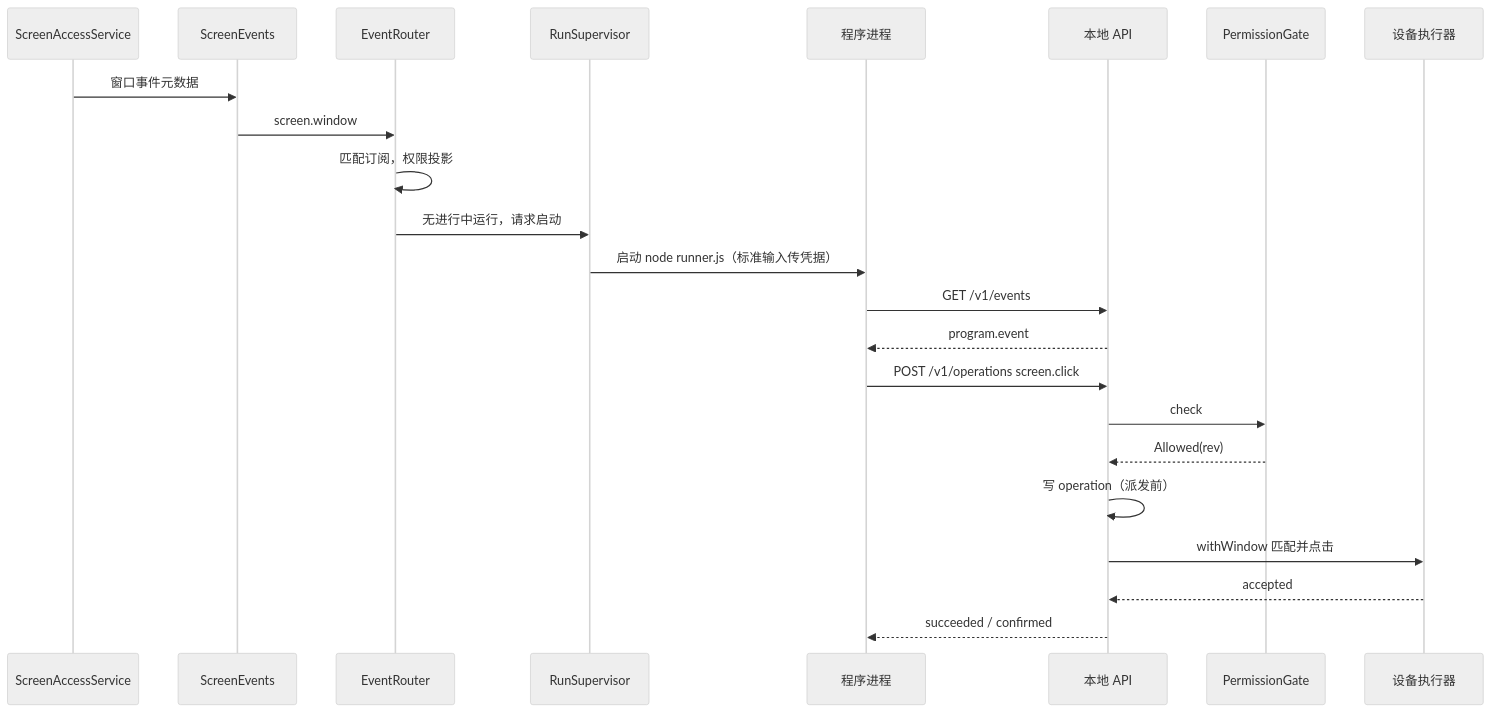
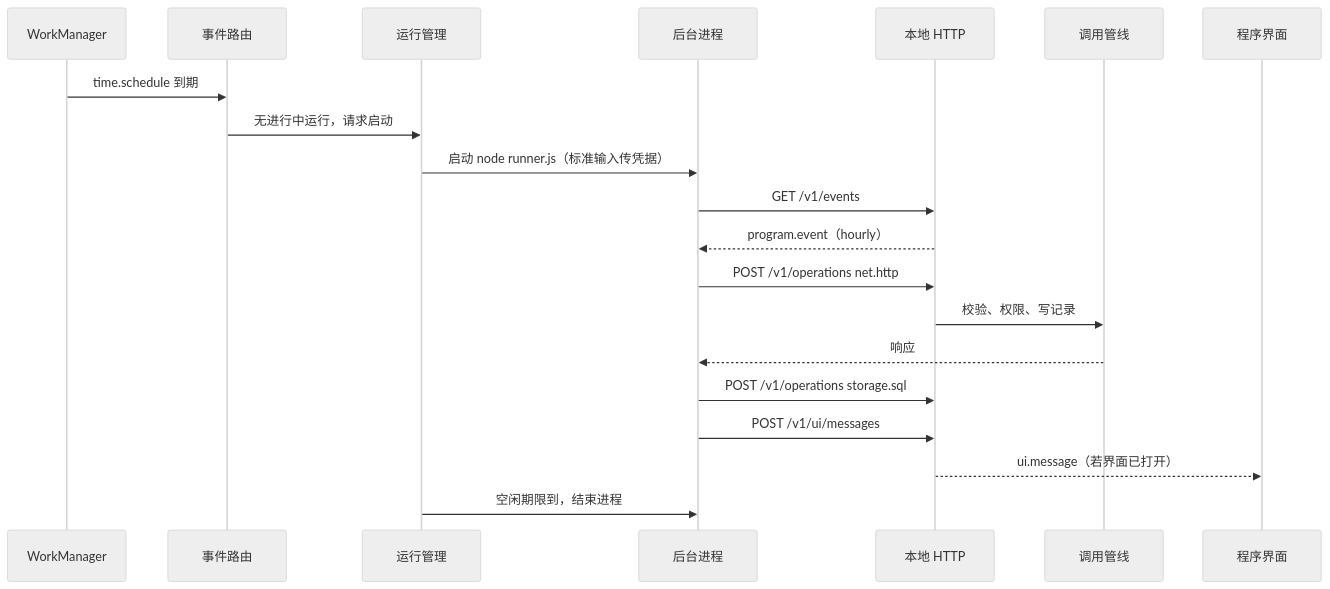
Before and after one commit to ytlog/mobby: the fourth of 4 diagrams in docs/design/program-platform-architecture.md, drawn with Mermaid (neutral theme). The commit also changed other lines of this file and 2 other files, not shown here.

First line of the commit message:
docs: consolidate program platform proposal and rewrite architecture

````diff
--- a/docs/design/program-platform-architecture.md
+++ b/docs/design/program-platform-architecture.md
@@ -556,25 +558,22 @@
 ```mermaid
 sequenceDiagram
-    participant S as ScreenAccessService
-    participant E as ScreenEvents
-    participant R as EventRouter
-    participant M as RunSupervisor
-    participant N as 程序进程
-    participant API as 本地 API
-    participant G as PermissionGate
-    participant X as 设备执行器
-    S->>E: 窗口事件元数据
-    E->>R: screen.window
-    R->>R: 匹配订阅，权限投影
+    participant W as WorkManager
+    participant R as 事件路由
+    participant M as 运行管理
+    participant N as 后台进程
+    participant H as 本地 HTTP
+    participant G as 调用管线
+    participant V as 程序界面
+    W->>R: time.schedule 到期
     R->>M: 无进行中运行，请求启动
     M->>N: 启动 node runner.js（标准输入传凭据）
-    N->>API: GET /v1/events
-    API-->>N: program.event
-    N->>API: POST /v1/operations screen.click
-    API->>G: check
-    G-->>API: Allowed(rev)
-    API->>API: 写 operation（派发前）
-    API->>X: withWindow 匹配并点击
-    X-->>API: accepted
-    API-->>N: succeeded / confirmed
+    N->>H: GET /v1/events
+    H-->>N: program.event（hourly）
+    N->>H: POST /v1/operations net.http
+    H->>G: 校验、权限、写记录
+    G-->>N: 响应
+    N->>H: POST /v1/operations storage.sql
+    N->>H: POST /v1/ui/messages
+    H-->>V: ui.message（若界面已打开）
+    M->>N: 空闲期限到，结束进程
 ```
````
